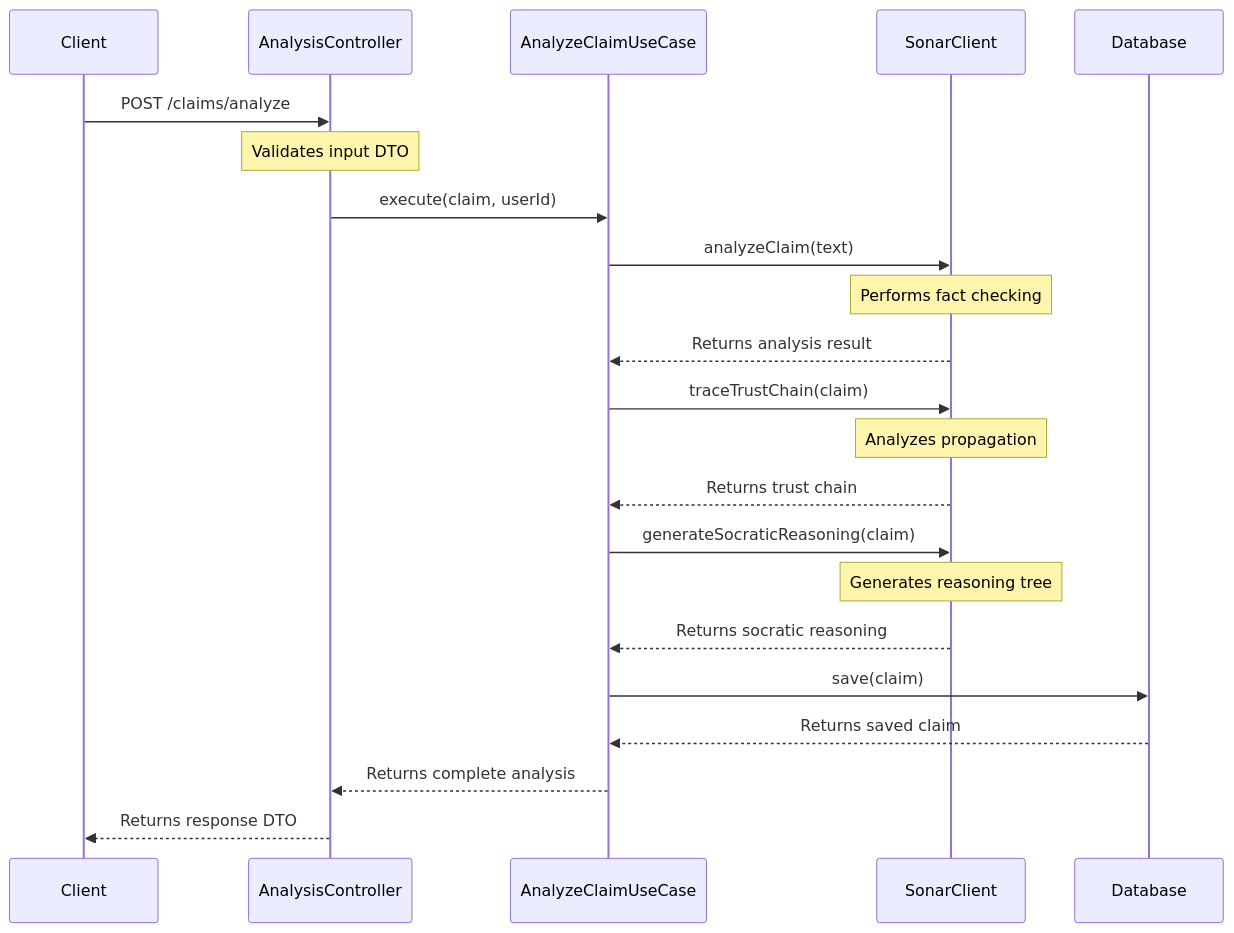
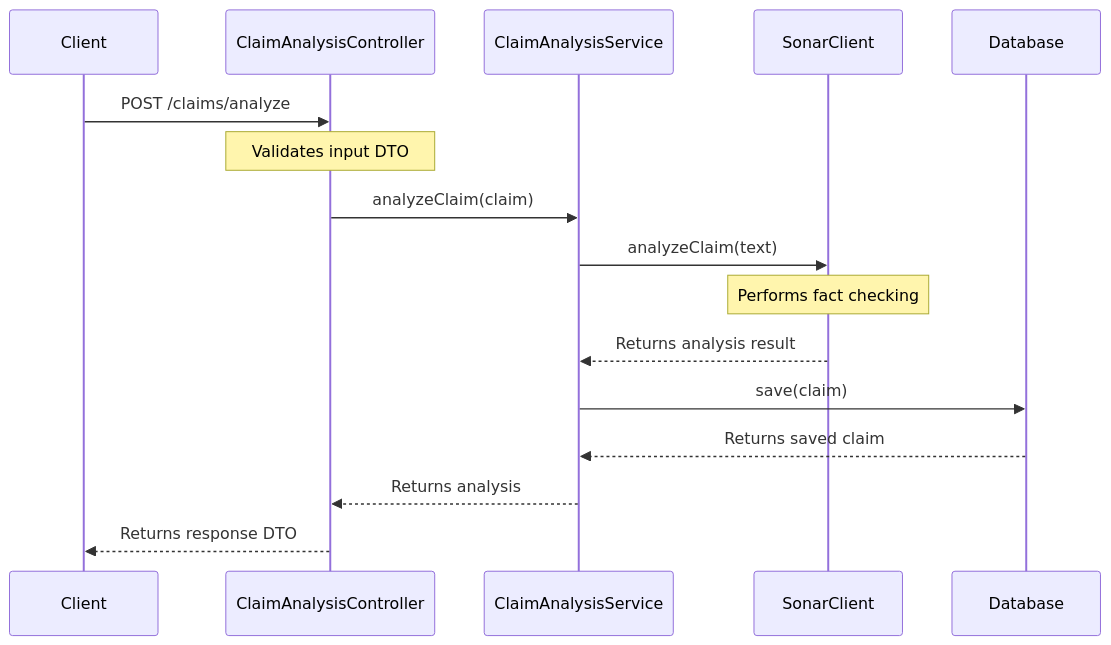
Before and after one commit to anthony-okoye/truth-tracer-backend: the second of 4 diagrams in docs/sequence-diagram.md, drawn with Mermaid. The commit also changed other lines of this file and 6 other files, not shown here.

Commit message:
removed redundant files and folders, refactored codebase to be concise and maintain clean architecture

````diff
--- a/docs/sequence-diagram.md
+++ b/docs/sequence-diagram.md
@@ -5,30 +24,22 @@
 ```mermaid
 sequenceDiagram
     participant Client
-    participant Controller as AnalysisController
-    participant UseCase as AnalyzeClaimUseCase
+    participant Controller as ClaimAnalysisController
+    participant Service as ClaimAnalysisService
     participant Sonar as SonarClient
     participant DB as Database
 
     Client->>Controller: POST /claims/analyze
     Note over Controller: Validates input DTO
-    Controller->>UseCase: execute(claim, userId)
+    Controller->>Service: analyzeClaim(claim)
     
-    UseCase->>Sonar: analyzeClaim(text)
+    Service->>Sonar: analyzeClaim(text)
     Note over Sonar: Performs fact checking
-    Sonar-->>UseCase: Returns analysis result
+    Sonar-->>Service: Returns analysis result
     
-    UseCase->>Sonar: traceTrustChain(claim)
-    Note over Sonar: Analyzes propagation
-    Sonar-->>UseCase: Returns trust chain
+    Service->>DB: save(claim)
+    DB-->>Service: Returns saved claim
     
-    UseCase->>Sonar: generateSocraticReasoning(claim)
-    Note over Sonar: Generates reasoning tree
-    Sonar-->>UseCase: Returns socratic reasoning
-    
-    UseCase->>DB: save(claim)
-    DB-->>UseCase: Returns saved claim
-    
-    UseCase-->>Controller: Returns complete analysis
+    Service-->>Controller: Returns analysis
     Controller-->>Client: Returns response DTO
 ```
````
